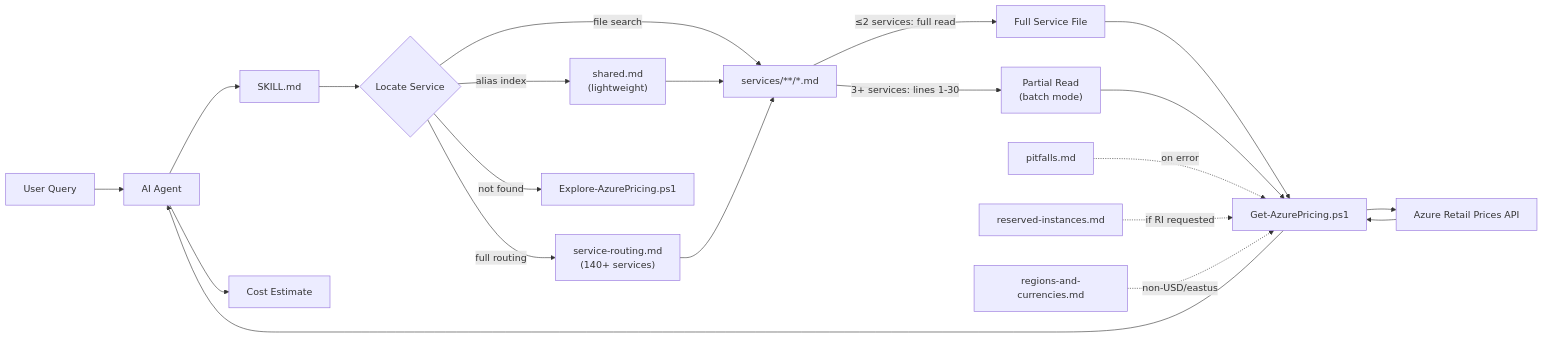
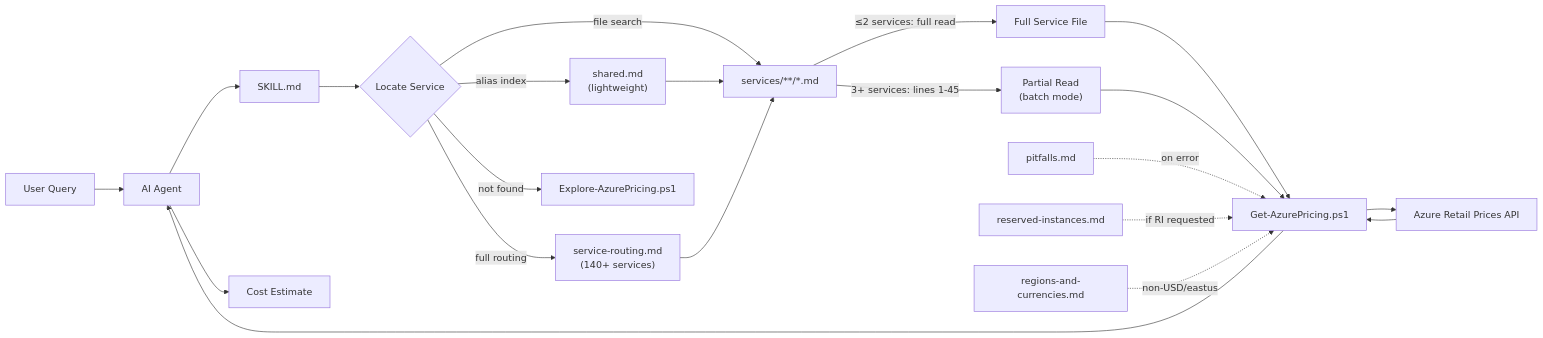
The diagram in README.md (ahmadabdalla/azure-cost-calculator), drawn with Mermaid before and after one commit. The commit also changed other lines of this file, not shown here.

Commit message:
Update README.md: extend batch estimation mode to read 1–45 lines for service files

````diff
--- a/README.md
+++ b/README.md
@@ -105,24 +105,24 @@
 ```mermaid
 flowchart LR
     A[User Query] --> B[AI Agent]
     B --> C[SKILL.md]
     C --> D{Locate Service}
     D -->|file search| E["services/**/*.md"]
     D -->|alias index| S["shared.md\n(lightweight)"]
     D -->|full routing| R["service-routing.md\n(140+ services)"]
     D -->|not found| F[Explore-AzurePricing.ps1]
     S --> E
     R --> E
     E -->|"≤2 services: full read"| G1["Full Service File"]
-    E -->|"3+ services: lines 1-30"| G2["Partial Read\n(batch mode)"]
+    E -->|"3+ services: lines 1-45"| G2["Partial Read\n(batch mode)"]
     G1 --> H[Get-AzurePricing.ps1]
     G2 --> H
     H --> I[Azure Retail Prices API]
     I --> H
     H --> B
     B --> J[Cost Estimate]
 
     P["pitfalls.md"] -.->|on error| H
     RI["reserved-instances.md"] -.->|if RI requested| H
     RG["regions-and-currencies.md"] -.->|non-USD/eastus| H
 ```
````
